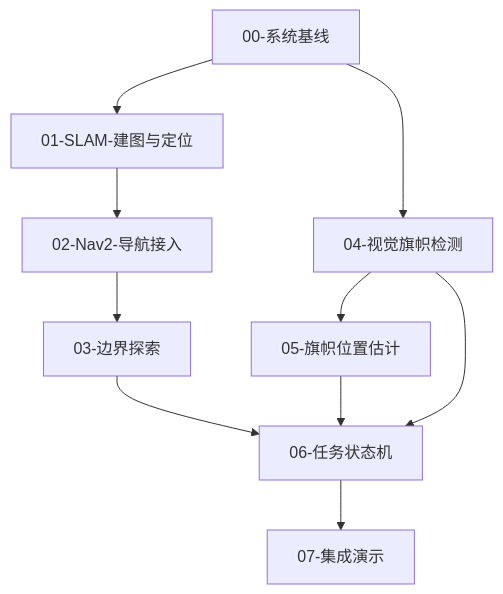
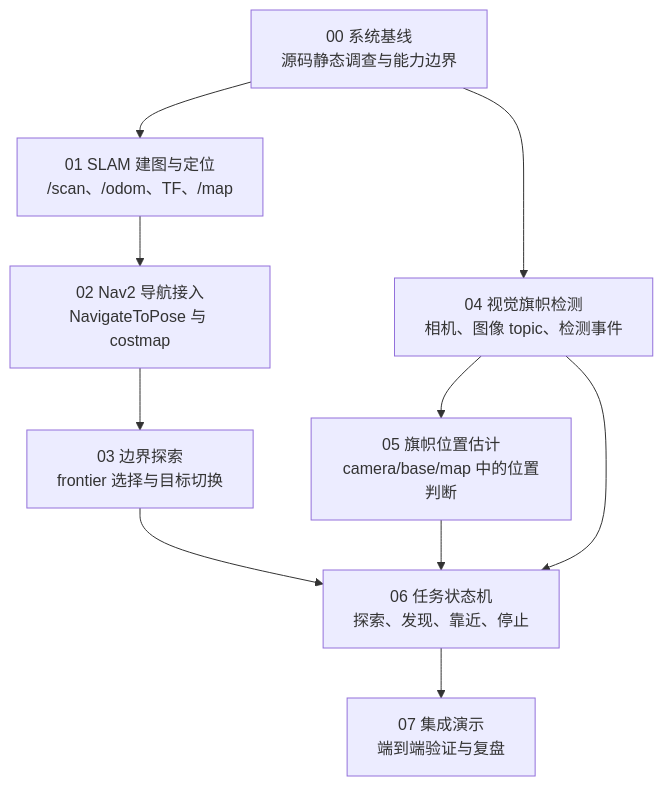
Before and after one commit to JeseKi/KiBotTwo: the diagram in docs/embodied-ai-roadmap/index.md, drawn with Mermaid. The commit also changed other lines of this file and 6 other files, not shown here.

Commit message:
docs: 优化 roadmap 文档

````diff
--- a/docs/embodied-ai-roadmap/index.md
+++ b/docs/embodied-ai-roadmap/index.md
@@ -26,15 +45,15 @@
 ```mermaid
 flowchart TD
-  R00["00-系统基线"]
-  R01["01-SLAM-建图与定位"]
-  R02["02-Nav2-导航接入"]
-  R03["03-边界探索"]
-  R04["04-视觉旗帜检测"]
-  R05["05-旗帜位置估计"]
-  R06["06-任务状态机"]
-  R07["07-集成演示"]
+  P00["00 系统基线<br/>源码静态调查与能力边界"]
+  P01["01 SLAM 建图与定位<br/>/scan、/odom、TF、/map"]
+  P02["02 Nav2 导航接入<br/>NavigateToPose 与 costmap"]
+  P03["03 边界探索<br/>frontier 选择与目标切换"]
+  P04["04 视觉旗帜检测<br/>相机、图像 topic、检测事件"]
+  P05["05 旗帜位置估计<br/>camera/base/map 中的位置判断"]
+  P06["06 任务状态机<br/>探索、发现、靠近、停止"]
+  P07["07 集成演示<br/>端到端验证与复盘"]
 
-  R00 --> R01 --> R02 --> R03 --> R06 --> R07
-  R00 --> R04 --> R05 --> R06
-  R04 --> R06
+  P00 --> P01 --> P02 --> P03 --> P06 --> P07
+  P00 --> P04 --> P05 --> P06
+  P04 --> P06
 ```
````
